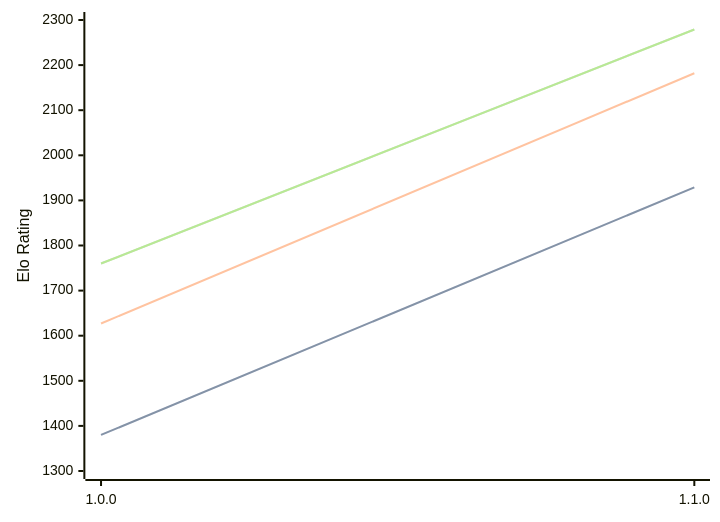
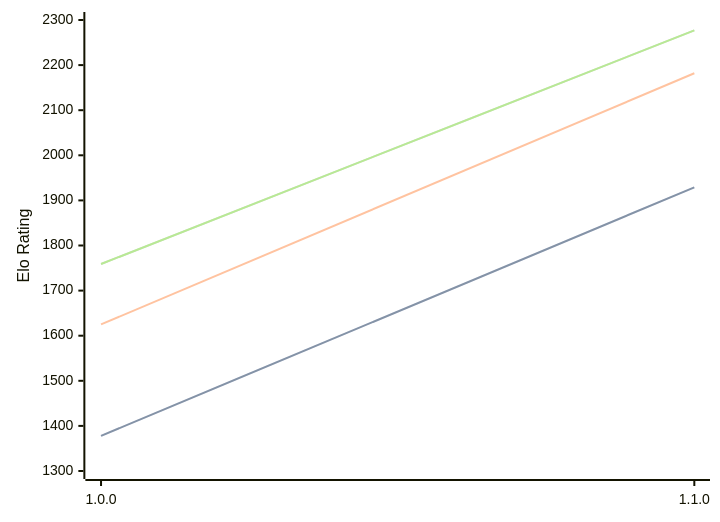
One commit to computer-chess-index/cci changed the first of 3 diagrams in engines/Akerbeltz.md. Above: the diagram before and after it, drawn with Mermaid. The commit also changed other lines of this file, not shown here.

Commit message:
Update CCI Ratings (ELO VLTC) - 2026-06-27

````diff
--- a/engines/Akerbeltz.md
+++ b/engines/Akerbeltz.md
@@ -32,11 +32,11 @@
 ```mermaid
 %%{init: {"theme":"base","themeVariables":{"seriesColors:['#a3a3a3','#222221','#faa371']}}}%%
 xychart-beta
   x-axis ["1.0.0", "1.1.0"]
   y-axis "Elo Rating" 1300 --> 2300
-  line "STC (8.0+0.08s)" [1380, 1929]
-  line "STC (8.0+0.08s)" [1380, 1929]
-  line "LTC (60.0+0.60s)" [1627, 2182]
-  line "VLTC (2m24s+1.12s)" [1760, 2279]
-  line "VLTC (2m24s+1.12s)" [1760, 2279]
+  line "STC (8.0+0.08s)" [1378, 1929]
+  line "STC (8.0+0.08s)" [1378, 1929]
+  line "LTC (60.0+0.60s)" [1625, 2182]
+  line "VLTC (2m24s+1.12s)" [1759, 2277]
+  line "VLTC (2m24s+1.12s)" [1759, 2277]
 ```
````
